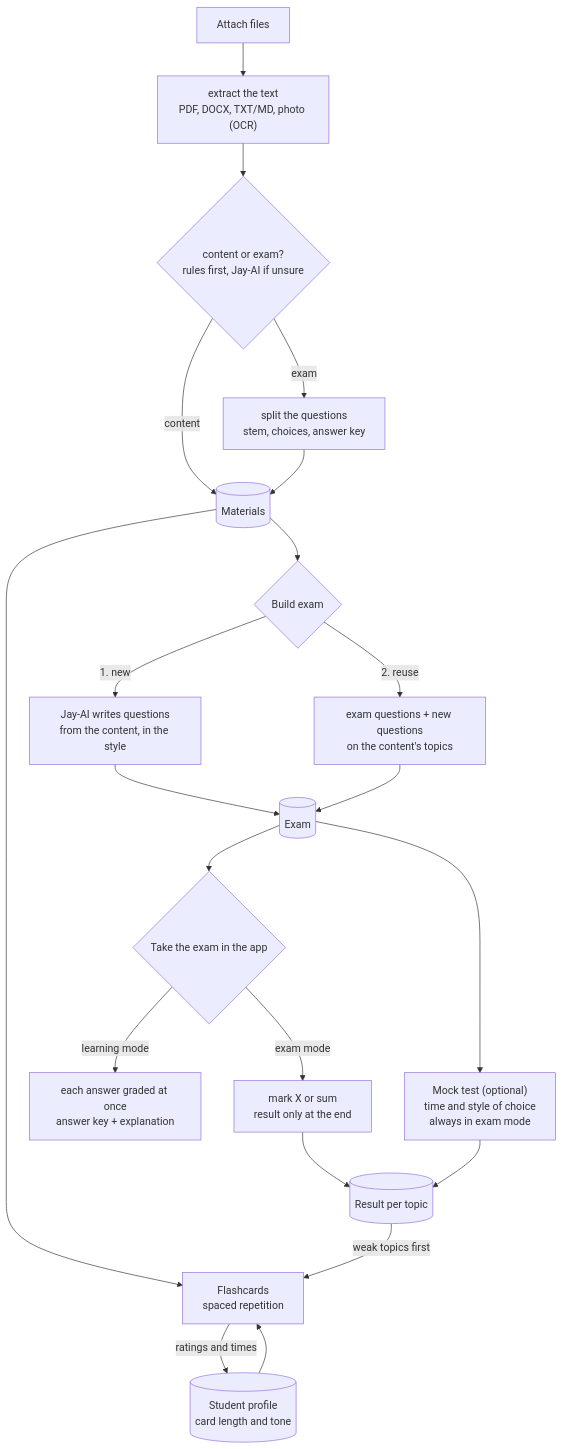
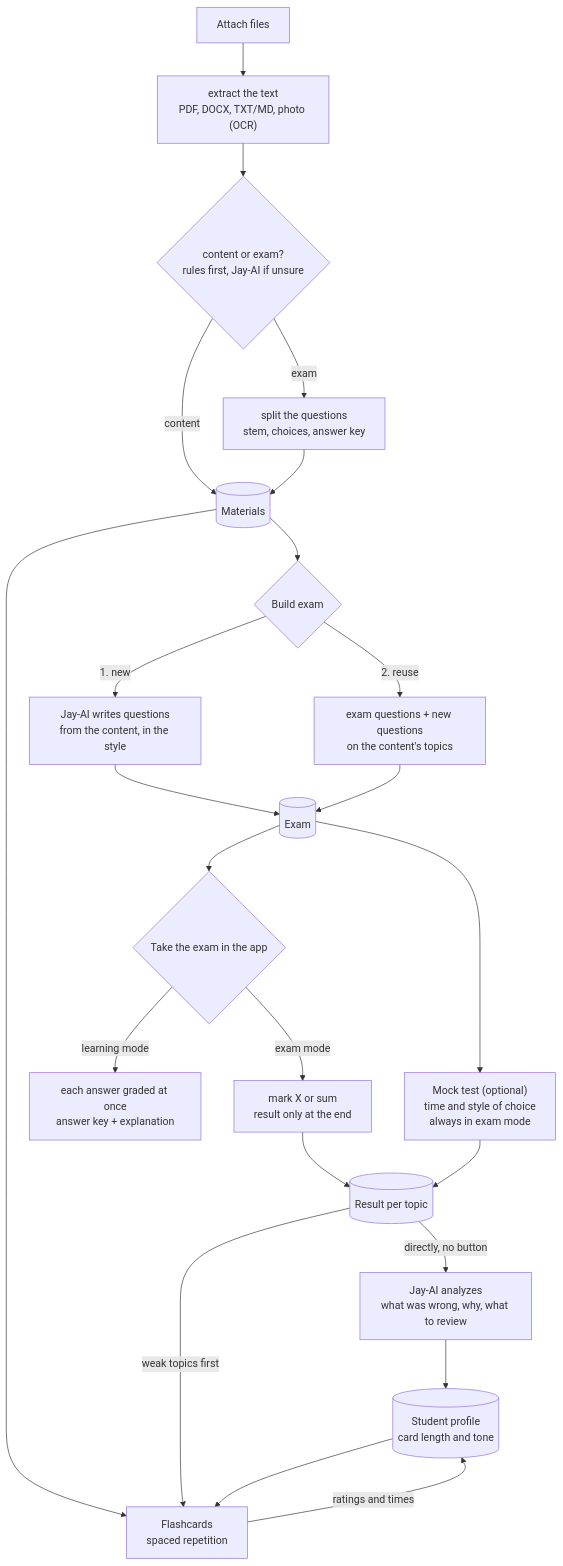
The second of 2 diagrams in docs/ARQUITETURA.en.md (TyxMatty/Jay-S), drawn with Mermaid before and after one commit. The commit also changed other lines of this file and 35 other files, not shown here.

````diff
--- a/docs/ARQUITETURA.en.md
+++ b/docs/ARQUITETURA.en.md
@@ -37,22 +37,24 @@
 ```mermaid
 flowchart TD
   A["Attach files"] --> X["extract the text<br/>PDF, DOCX, TXT/MD, photo (OCR)"]
   X --> C{"content or exam?<br/>rules first, Jay-AI if unsure"}
   C -- "content" --> LIB[("Materials")]
   C -- "exam" --> Q["split the questions<br/>stem, choices, answer key"] --> LIB
   LIB --> P{"Build exam"}
   P -- "1. new" --> G1["Jay-AI writes questions<br/>from the content, in the style"]
   P -- "2. reuse" --> G2["exam questions + new questions<br/>on the content's topics"]
   G1 --> PROVA[("Exam")]
   G2 --> PROVA
   PROVA --> FAZER{"Take the exam in the app"}
   FAZER -- "exam mode" --> MP["mark X or sum<br/>result only at the end"]
   FAZER -- "learning mode" --> MA["each answer graded at once<br/>answer key + explanation"]
   PROVA --> SIM["Mock test (optional)<br/>time and style of choice<br/>always in exam mode"]
   MP --> R[("Result per topic")]
   SIM --> R
+  R -- "directly, no button" --> AN["Jay-AI analyzes<br/>what was wrong, why, what to review"]
+  AN --> PERFIL
   LIB --> FC["Flashcards<br/>spaced repetition"]
   R -- "weak topics first" --> FC
   FC -- "ratings and times" --> PERFIL[("Student profile<br/>card length and tone")]
   PERFIL --> FC
 ```
````
